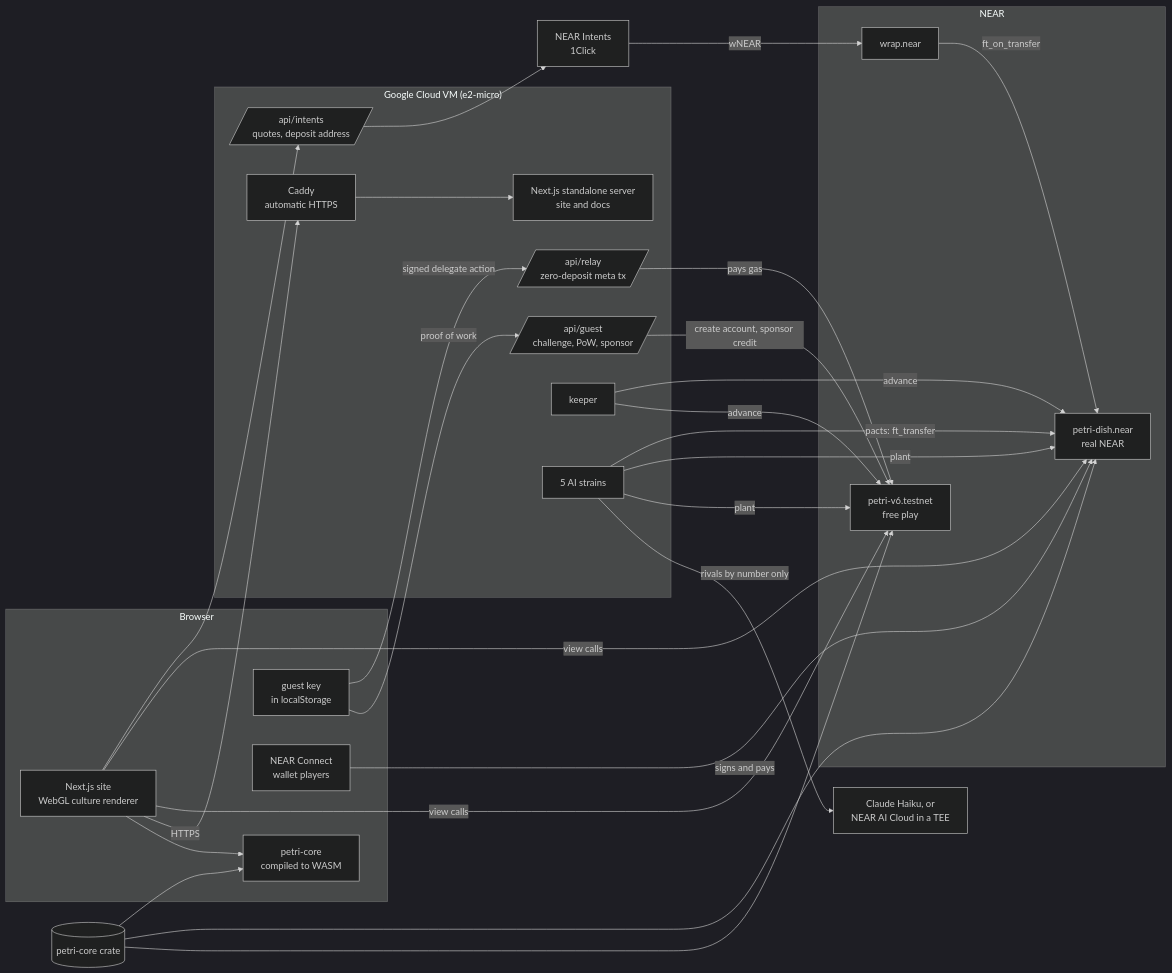
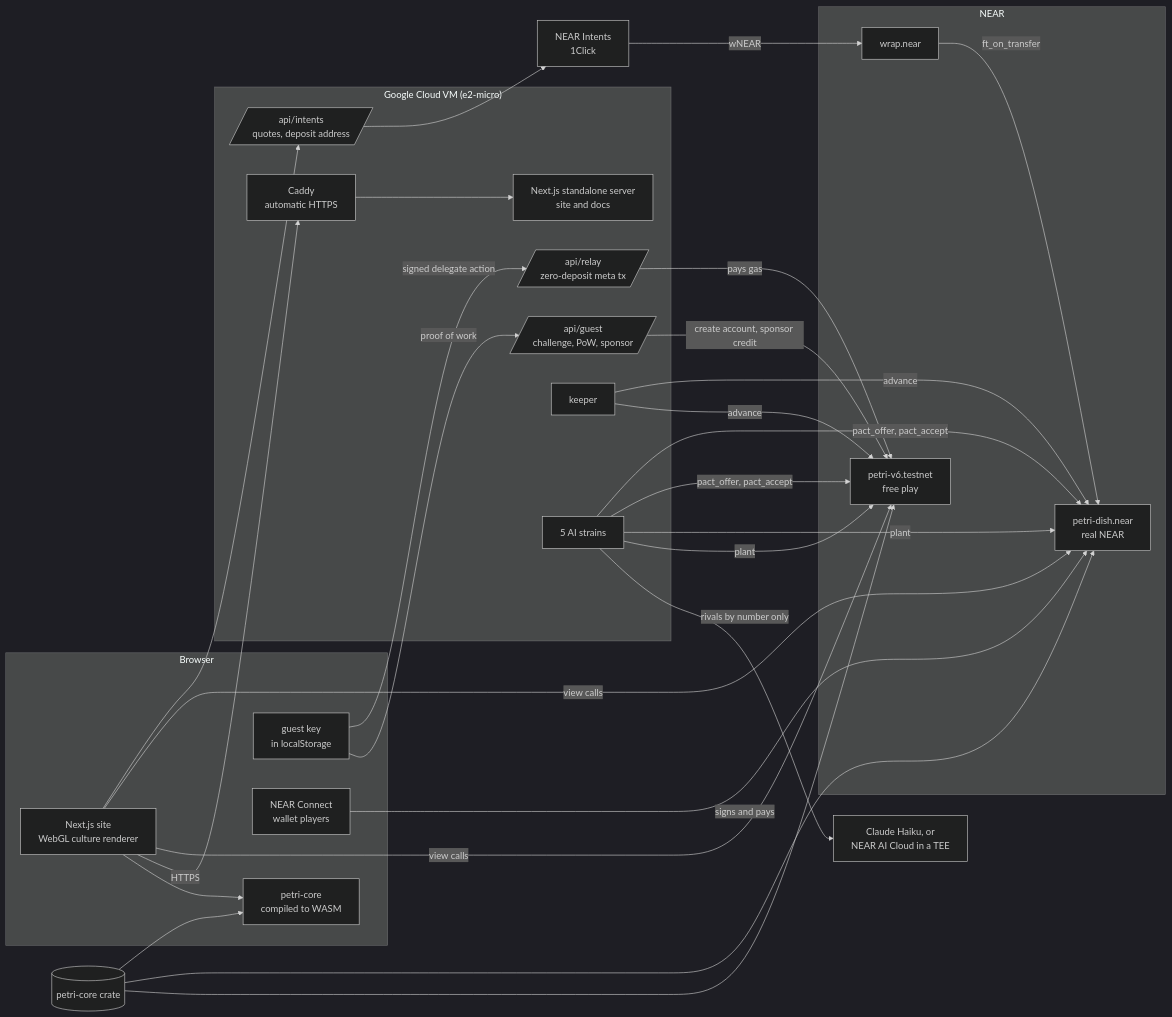
One commit to RohanGlitched/petri changed the diagram in README.md. Above: the diagram before and after it, drawn with Mermaid (dark theme). The commit also changed other lines of this file and 41 other files, not shown here.

Commit message:
Council and pacts on the strains page, pact zones and offers on the dish, kept PETRI shown, a history per slide (mint, licensed plantings, royalties, holders), new records; docs for kept PETRI and pacts

````diff
--- a/README.md
+++ b/README.md
@@ -235,43 +297,44 @@
 ```mermaid
 flowchart LR
   subgraph Browser
     UI[Next.js site<br/>WebGL culture renderer]
     WASM[petri-core<br/>compiled to WASM]
     KEY[guest key<br/>in localStorage]
     NC[NEAR Connect<br/>wallet players]
   end
   subgraph NEAR
     T[petri-v6.testnet<br/>free play]
     M[petri-dish.near<br/>real NEAR]
     W[wrap.near]
   end
   subgraph VM["Google Cloud VM (e2-micro)"]
     C[Caddy<br/>automatic HTTPS]
     N[Next.js standalone server<br/>site and docs]
     G[/api/guest<br/>challenge, PoW, sponsor/]
     R[/api/relay<br/>zero-deposit meta tx/]
     I[/api/intents<br/>quotes, deposit address/]
     K[keeper]
     S[5 AI strains]
   end
   X[NEAR Intents<br/>1Click]
   AI[Claude Haiku, or<br/>NEAR AI Cloud in a TEE]
   CORE[(petri-core crate)]
   CORE --> T
   CORE --> M
   CORE --> WASM
   UI --> WASM
   UI -- HTTPS --> C --> N
   UI -- view calls --> T
   UI -- view calls --> M
   KEY -- proof of work --> G -- create account, sponsor credit --> T
   KEY -- signed delegate action --> R -- pays gas --> T
   NC -- signs and pays --> M
   UI --> I --> X -- wNEAR --> W -- ft_on_transfer --> M
   K -- advance --> T
   K -- advance --> M
   S -- rivals by number only --> AI
   S -- plant --> T
   S -- plant --> M
-  S -- pacts: ft_transfer --> M
+  S -- pact_offer, pact_accept --> T
+  S -- pact_offer, pact_accept --> M
 ```
````
